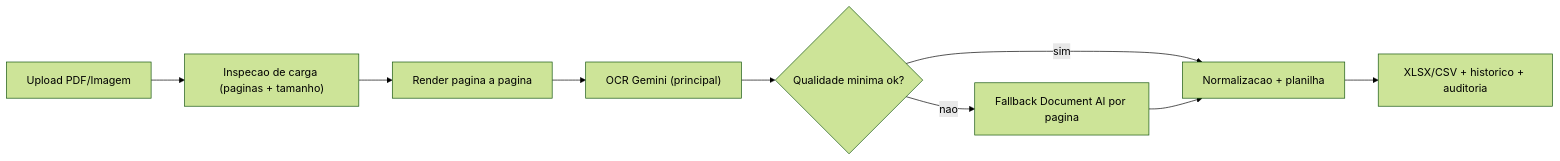
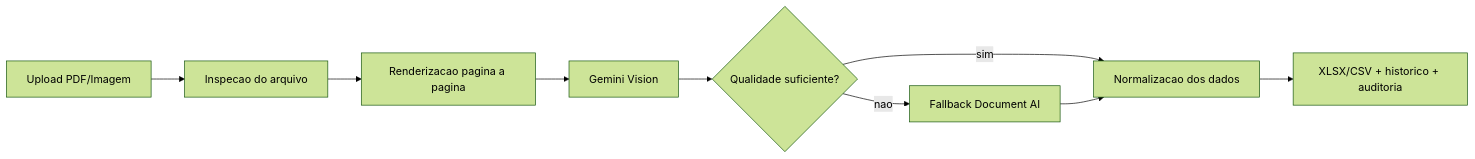
Before and after one commit to Cesare221/Leitor_OCR: the diagram in README.md, drawn with Mermaid (forest theme). The commit also changed other lines of this file, not shown here.

````diff
--- a/README.md
+++ b/README.md
@@ -27,11 +34,11 @@
 ```mermaid
 flowchart LR
-  A["Upload PDF/Imagem"] --> B["Inspecao de carga (paginas + tamanho)"]
-  B --> C["Render pagina a pagina"]
-  C --> D["OCR Gemini (principal)"]
-  D --> E{"Qualidade minima ok?"}
-  E -- "sim" --> G["Normalizacao + planilha"]
-  E -- "nao" --> F["Fallback Document AI por pagina"]
+  A["Upload PDF/Imagem"] --> B["Inspecao do arquivo"]
+  B --> C["Renderizacao pagina a pagina"]
+  C --> D["Gemini Vision"]
+  D --> E{"Qualidade suficiente?"}
+  E -- "sim" --> G["Normalizacao dos dados"]
+  E -- "nao" --> F["Fallback Document AI"]
   F --> G
   G --> H["XLSX/CSV + historico + auditoria"]
 ```
````
